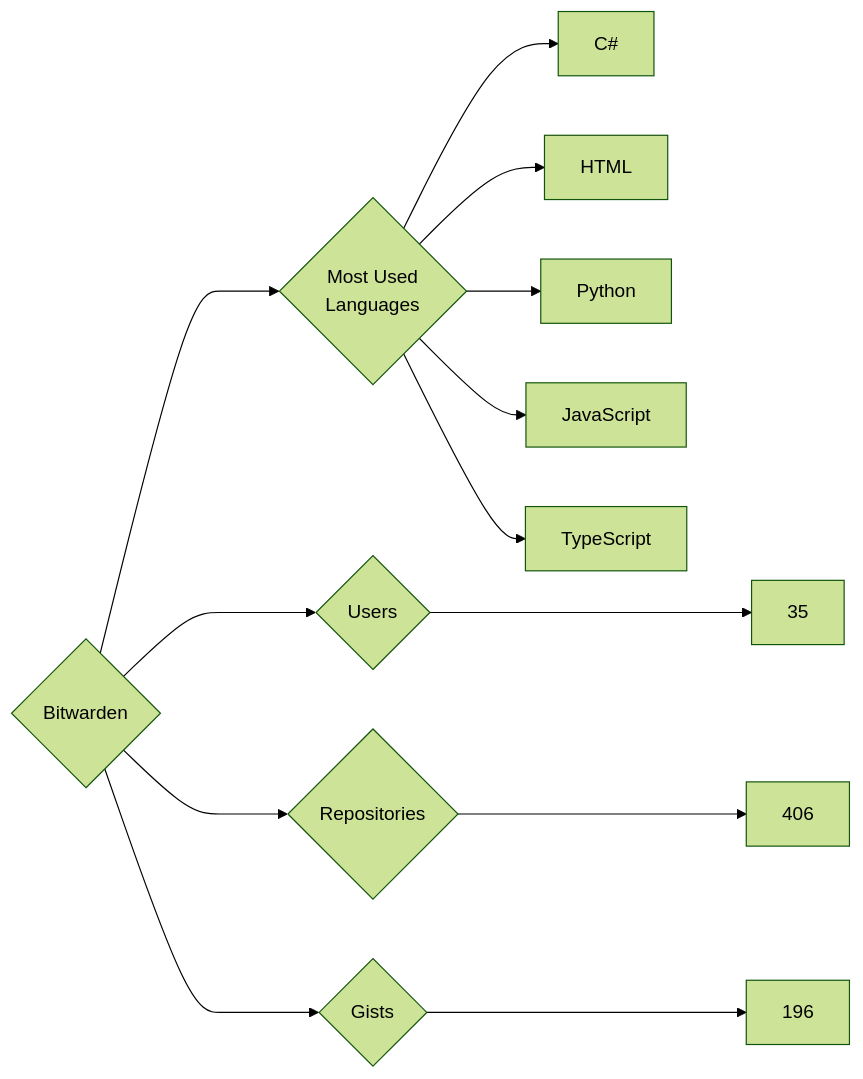
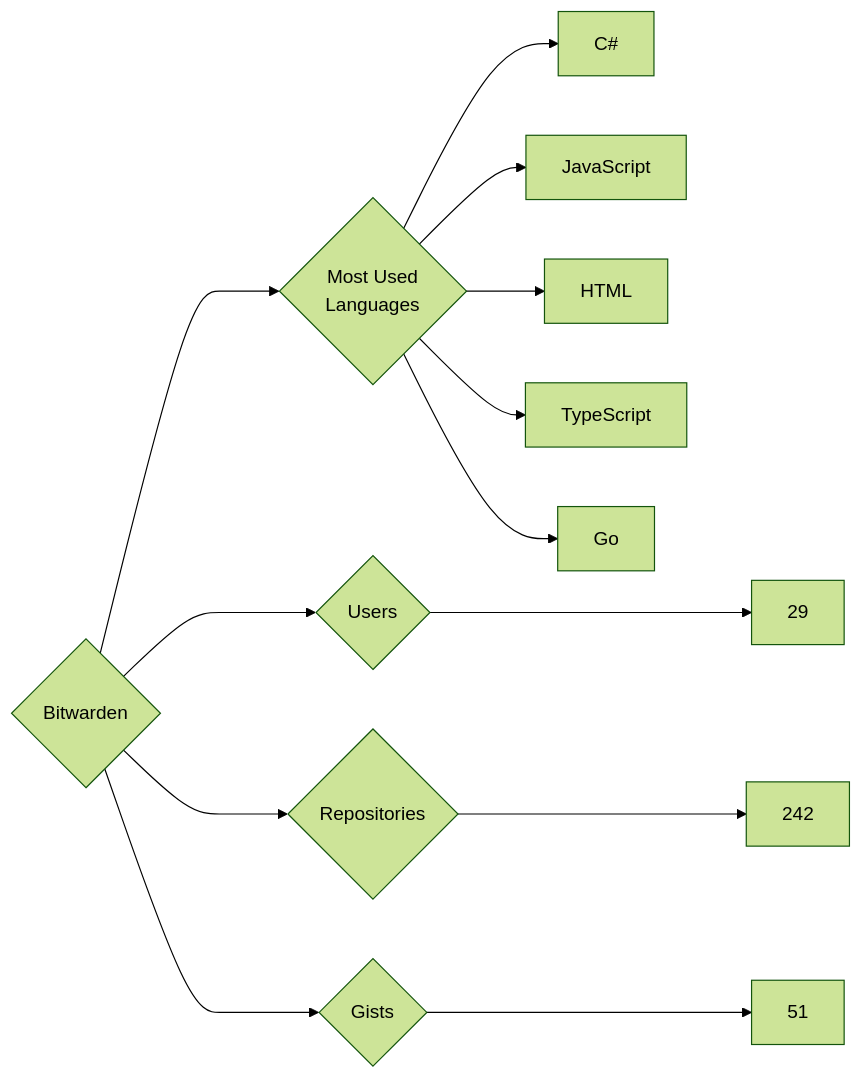
One commit to trickest/insiders changed the diagram in targets/Bitwarden/README.md. Above: the diagram before and after it, drawn with Mermaid (forest theme). The commit also changed 998 other files, not shown here.

````diff
--- a/targets/Bitwarden/README.md
+++ b/targets/Bitwarden/README.md
@@ -3,13 +3,13 @@
 ```mermaid
 graph LR
 COMPANY_NAME{Bitwarden}
-COMPANY_NAME ---> U{Users} ---> UN[35]
-COMPANY_NAME ---> R{Repositories} ---> RN[406]
-COMPANY_NAME ---> G{Gists} ---> GN[196]
+COMPANY_NAME ---> U{Users} ---> UN[29]
+COMPANY_NAME ---> R{Repositories} ---> RN[242]
+COMPANY_NAME ---> G{Gists} ---> GN[51]
 COMPANY_NAME ---> ML{Most Used<br>Languages}
 ML --> C#[C#]
+ML --> JavaScript[JavaScript]
 ML --> HTML[HTML]
-ML --> Python[Python]
-ML --> JavaScript[JavaScript]
 ML --> TypeScript[TypeScript]
+ML --> Go[Go]
 ```
````
